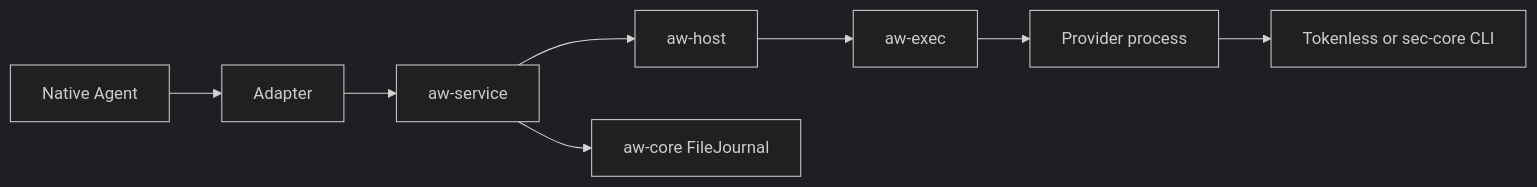
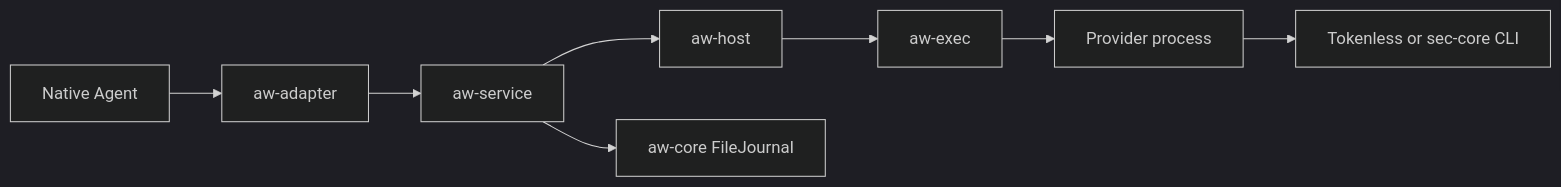
One commit to 123123213weqw/ANOLISA changed the diagram in src/aw/docs/design/README.md. Above: the diagram before and after it, drawn with Mermaid (dark theme). The commit also changed other lines of this file and 81 other files, not shown here.

````diff
--- a/src/aw/docs/design/README.md
+++ b/src/aw/docs/design/README.md
@@ -8,10 +11,10 @@
 ```mermaid
 flowchart LR
-    Agent[Native Agent] --> Adapter[Adapter]
+    Agent[Native Agent] --> Adapter[aw-adapter]
     Adapter --> Service[aw-service]
     Service --> Host[aw-host]
     Host --> Exec[aw-exec]
     Exec --> Provider[Provider process]
     Provider --> Backend[Tokenless or sec-core CLI]
     Service --> Journal[aw-core FileJournal]
 ```
````
